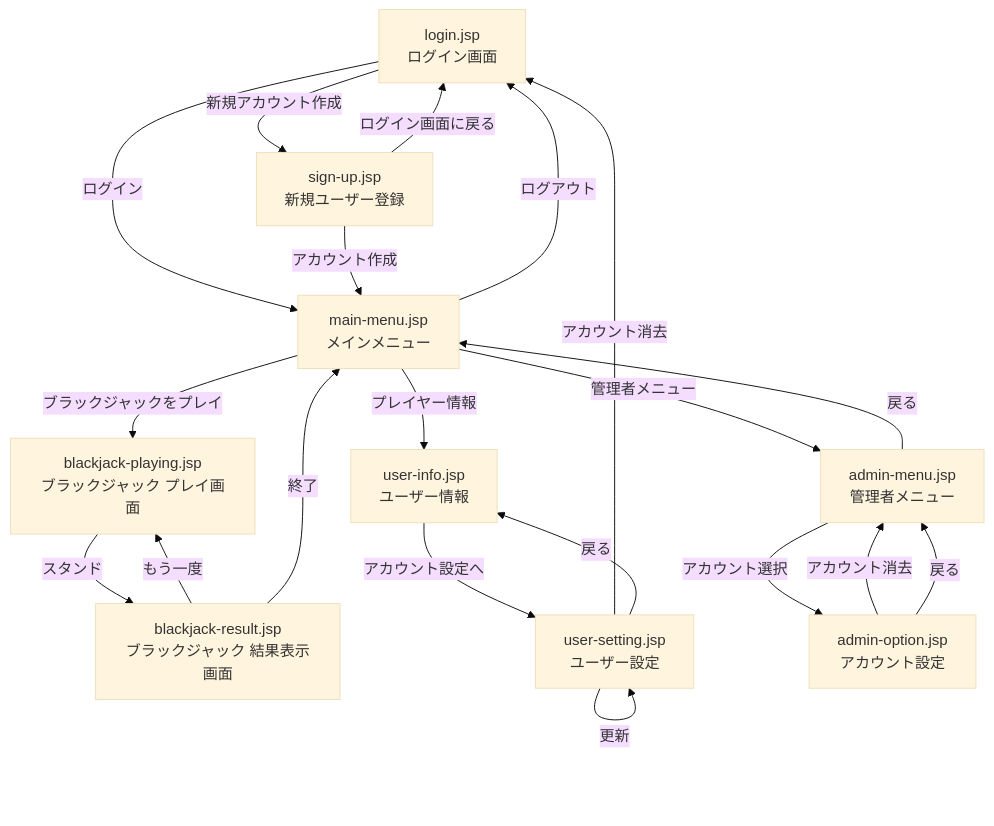
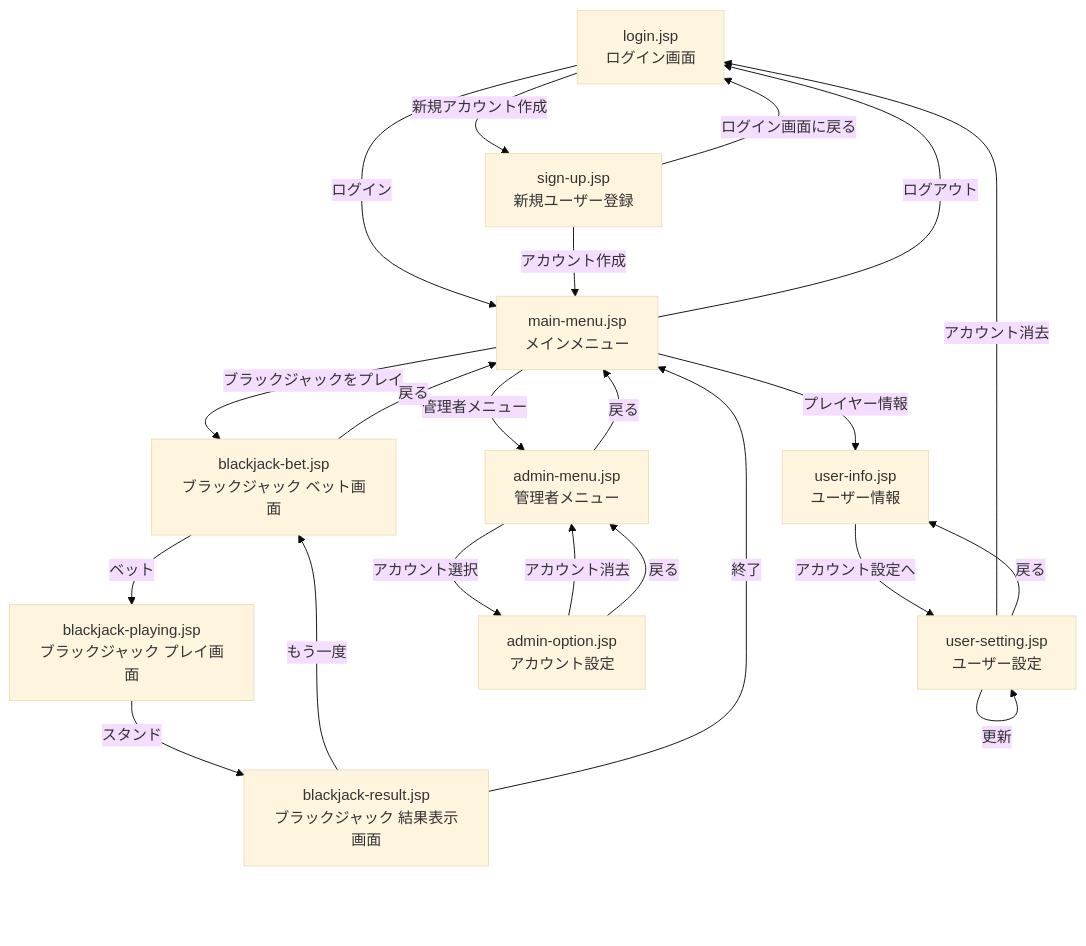
Before and after one commit to SuzuzukiKeisuke/suzuki-blackjack_2025: the diagram in 設計/画面設計.md, drawn with Mermaid (base theme). The commit also changed other lines of this file and 9 other files, not shown here.

````diff
--- a/設計/画面設計.md
+++ b/設計/画面設計.md
@@ -4,48 +4,51 @@
 ```mermaid
 flowchart TD
 
     %% ログイン関連
     login[login.jsp<br>ログイン画面]
     signup[sign-up.jsp<br>新規ユーザー登録]
     mainmenu[main-menu.jsp<br>メインメニュー]
 
     %% ブラックジャック
+    bjbet[blackjack-bet.jsp<br>ブラックジャック ベット画面]
     bjplay[blackjack-playing.jsp<br>ブラックジャック プレイ画面]
     bjresult[blackjack-result.jsp<br>ブラックジャック 結果表示画面]
 
     %% ユーザー関連
     userinfo[user-info.jsp<br>ユーザー情報]
     usersetting[user-setting.jsp<br>ユーザー設定]
 
     %% 管理者関連
     adminmenu[admin-menu.jsp<br>管理者メニュー]
     adminoption[admin-option.jsp<br>アカウント設定]
 
     %% 遷移定義
     login -->|ログイン| mainmenu
     login -->|新規アカウント作成| signup
     signup -->|アカウント作成| mainmenu
     signup -->|ログイン画面に戻る| login
 
     mainmenu -->|ログアウト| login
-    mainmenu -->|ブラックジャックをプレイ| bjplay
+    mainmenu -->|ブラックジャックをプレイ| bjbet
     mainmenu -->|プレイヤー情報| userinfo
     mainmenu -->|管理者メニュー| adminmenu
 
+    bjbet -->|ベット| bjplay
+    bjbet -->|戻る| mainmenu
     bjplay -->|スタンド| bjresult
-    bjresult -->|もう一度| bjplay
+    bjresult -->|もう一度| bjbet
     bjresult -->|終了| mainmenu
 
     userinfo -->|アカウント設定へ| usersetting
     usersetting -->|更新| usersetting
     usersetting -->|アカウント消去| login
     usersetting -->|戻る| userinfo
 
     adminmenu -->|アカウント選択| adminoption
     adminmenu -->|戻る| mainmenu
 
     adminoption -->|アカウント消去| adminmenu
     adminoption -->|戻る| adminmenu
 
 
 ```
````
